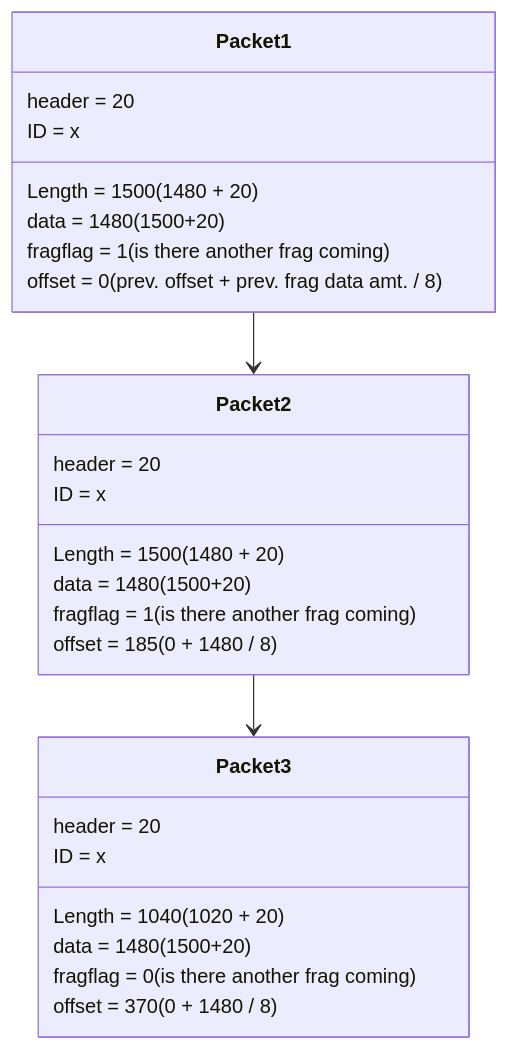
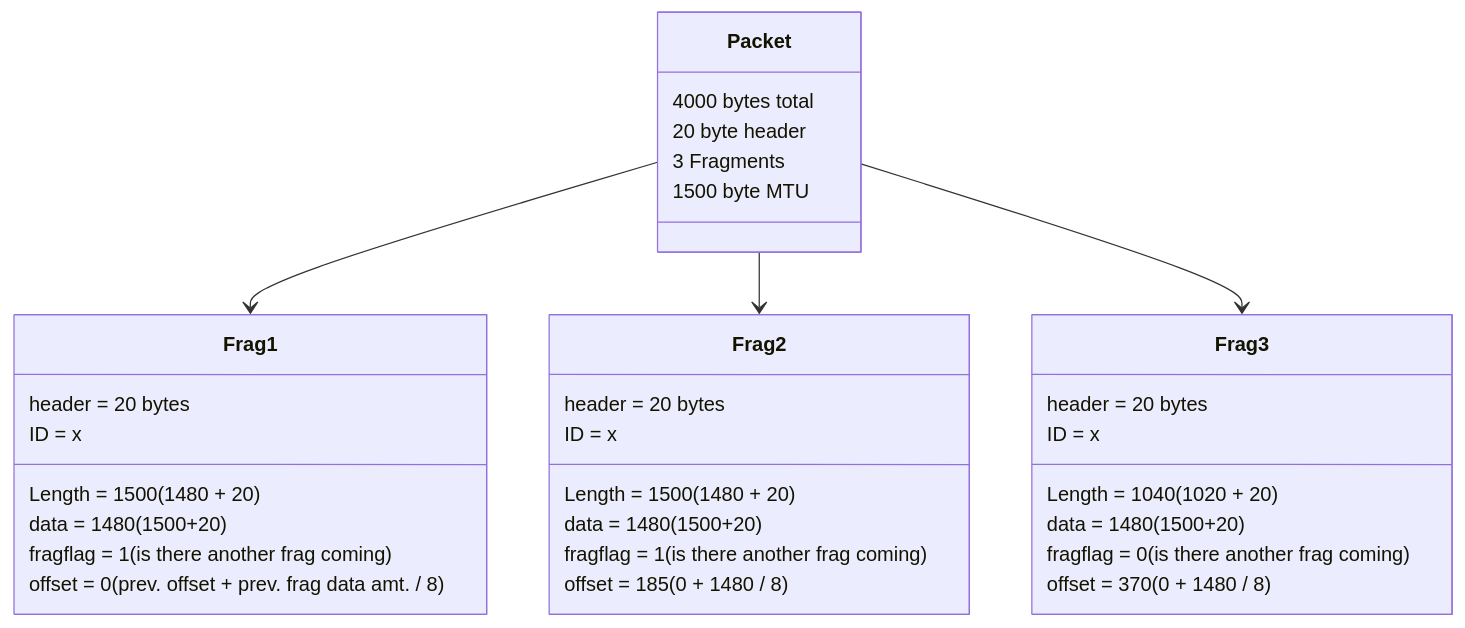
Before and after one commit to nicholasverdugo/Obsidian: the diagram in CNT4007 Notes.md, drawn with Mermaid. The commit also changed other lines of this file and 1 other file, not shown here.

Commit message:
vault backup: 2022-09-19 10:25:34

````diff
--- a/CNT4007 Notes.md
+++ b/CNT4007 Notes.md
@@ -12,23 +14,28 @@
 ```mermaid
 classDiagram
-Packet1-->Packet2
-Packet1 : Length = 1500 (1480 + 20)
-Packet1 : header = 20
-Packet1 : data = 1480 (1500+20)
-Packet1 : ID = x
-Packet1 : fragflag = 1 (is there another frag coming)
-Packet1 : offset = 0 (prev. offset + prev. frag data amt. / 8)
-Packet2-->Packet3
-Packet2 : Length = 1500 (1480 + 20)
-Packet2 : header = 20
-Packet2 : data = 1480 (1500+20)
-Packet2 : ID = x
-Packet2 : fragflag = 1 (is there another frag coming) 
-Packet2 : offset = 185 (0 + 1480 / 8)
-Packet3 : Length = 1040 (1020 + 20)
-Packet3 : header = 20
-Packet3 : data = 1480 (1500+20)
-Packet3 : ID = x
-Packet3 : fragflag = 0 (is there another frag coming)
-Packet3 : offset = 370 (0 + 1480 / 8)
+Packet-->Frag1
+Packet-->Frag2
+Packet-->Frag3
+Packet : 4000 bytes total
+Packet : 20 byte header
+Packet : 3 Fragments
+Packet : 1500 byte MTU
+Frag1 : Length = 1500 (1480 + 20)
+Frag1 : header = 20 bytes
+Frag1 : data = 1480 (1500+20)
+Frag1 : ID = x
+Frag1 : fragflag = 1 (is there another frag coming)
+Frag1 : offset = 0 (prev. offset + prev. frag data amt. / 8)
+Frag2 : Length = 1500 (1480 + 20)
+Frag2 : header = 20 bytes
+Frag2 : data = 1480 (1500+20)
+Frag2 : ID = x
+Frag2 : fragflag = 1 (is there another frag coming) 
+Frag2 : offset = 185 (0 + 1480 / 8)
+Frag3 : Length = 1040 (1020 + 20)
+Frag3 : header = 20 bytes
+Frag3 : data = 1480 (1500+20)
+Frag3 : ID = x
+Frag3 : fragflag = 0 (is there another frag coming)
+Frag3 : offset = 370 (0 + 1480 / 8)
 ```
````
